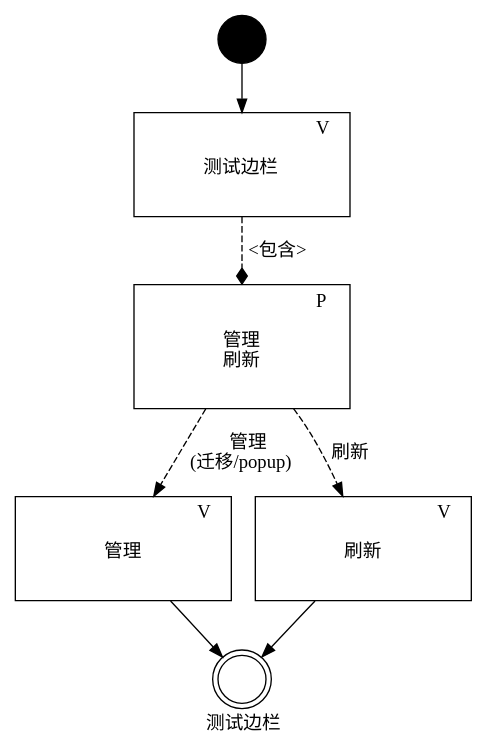
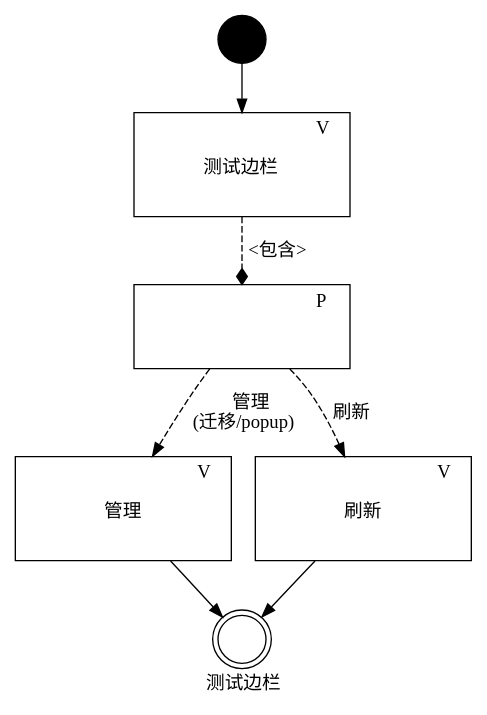
The diagram in ibizpms-docs/src/main/doc/v1/app/web/func/ProductTestLeftSidebarListView.md (zj335841911/nt_chandao), drawn with PlantUML before and after one commit. The commit also changed 903 other files, not shown here.

```diff
--- a/ibizpms-docs/src/main/doc/v1/app/web/func/ProductTestLeftSidebarListView.md
+++ b/ibizpms-docs/src/main/doc/v1/app/web/func/ProductTestLeftSidebarListView.md
@@ -5,82 +5,82 @@
 {% plantuml %}
 
 digraph ProductTestLeftSidebarListView {
 
 label="测试边栏";    
 
 #rankdir=LR;
 
 start [shape=circle,size="1,1",label="",style=filled, fillcolor=black]
 end [shape=doublecircle,label=""]
 
 own [shape=none, margin=0,size="6,6", label=<
 <TABLE WIDTH="150" BORDER="1" CELLBORDER="1" >
 <TR>
 <TD WIDTH="115" BORDER="0" COLSPAN="3"></TD><TD WIDTH="35" BORDER="0">V</TD>
 </TR>
 <TR>
 <TD BORDER="0" COLSPAN="4" CELLPADDING="10">测试边栏<BR/><BR/></TD>
 </TR>
 </TABLE>
 >];
 
 part [shape=none, margin=0, label=<
 <TABLE WIDTH="150" BORDER="1" CELLBORDER="1" >
 <TR>
 <TD WIDTH="115" BORDER="0" COLSPAN="3"></TD><TD WIDTH="35" BORDER="0">P</TD> 
 </TR>
 <TR>
 <TD BORDER="0" COLSPAN="4" CELLPADDING="10">
-管理<BR/>
-刷新<BR/>
+
+
 <BR/></TD>
 </TR>
 </TABLE>
 >];
 
 
 TestManager [shape=none, margin=0, label=<
 <TABLE WIDTH="150" BORDER="1" CELLBORDER="1" >
 <TR>
 <TD WIDTH="115" BORDER="0" COLSPAN="3"></TD><TD WIDTH="35" BORDER="0">V</TD>
 </TR>
 <TR>
 <TD BORDER="0" COLSPAN="4" CELLPADDING="10">管理<BR/><BR/></TD>
 </TR>
 </TABLE>
 >];
 
 
 
 Refresh [shape=none, margin=0, label=<
 <TABLE WIDTH="150" BORDER="1" CELLBORDER="1" >
 <TR>
 <TD WIDTH="115" BORDER="0" COLSPAN="3"></TD><TD WIDTH="35" BORDER="0">V</TD>
 </TR>
 <TR>
 <TD BORDER="0" COLSPAN="4" CELLPADDING="10">刷新<BR/><BR/></TD>
 </TR>
 </TABLE>
 >];
 
 
 
 start -> own ;
 own -> part [style=dashed,arrowhead=diamond,label="<包含>"] ;
 
 
 part -> TestManager [style=dashed,label=<管理<BR/>(迁移/popup)>];
 
 TestManager -> end ;
 
 
 
 part -> Refresh [style=dashed,label=<刷新>];
 
 Refresh -> end ;
 
 
 
 }
 
 {% endplantuml %}
```
